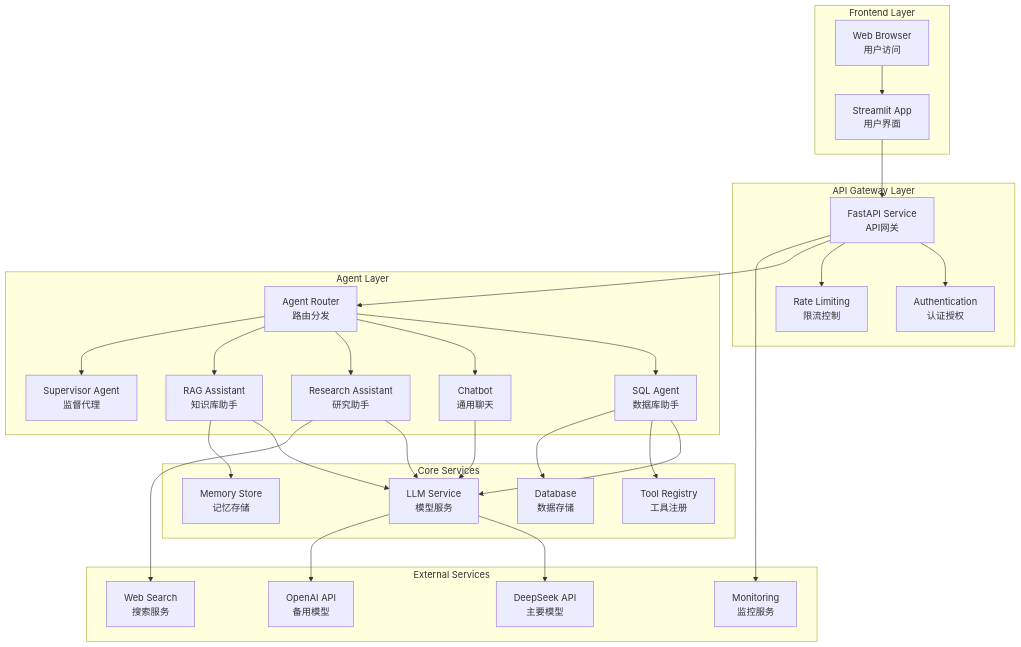
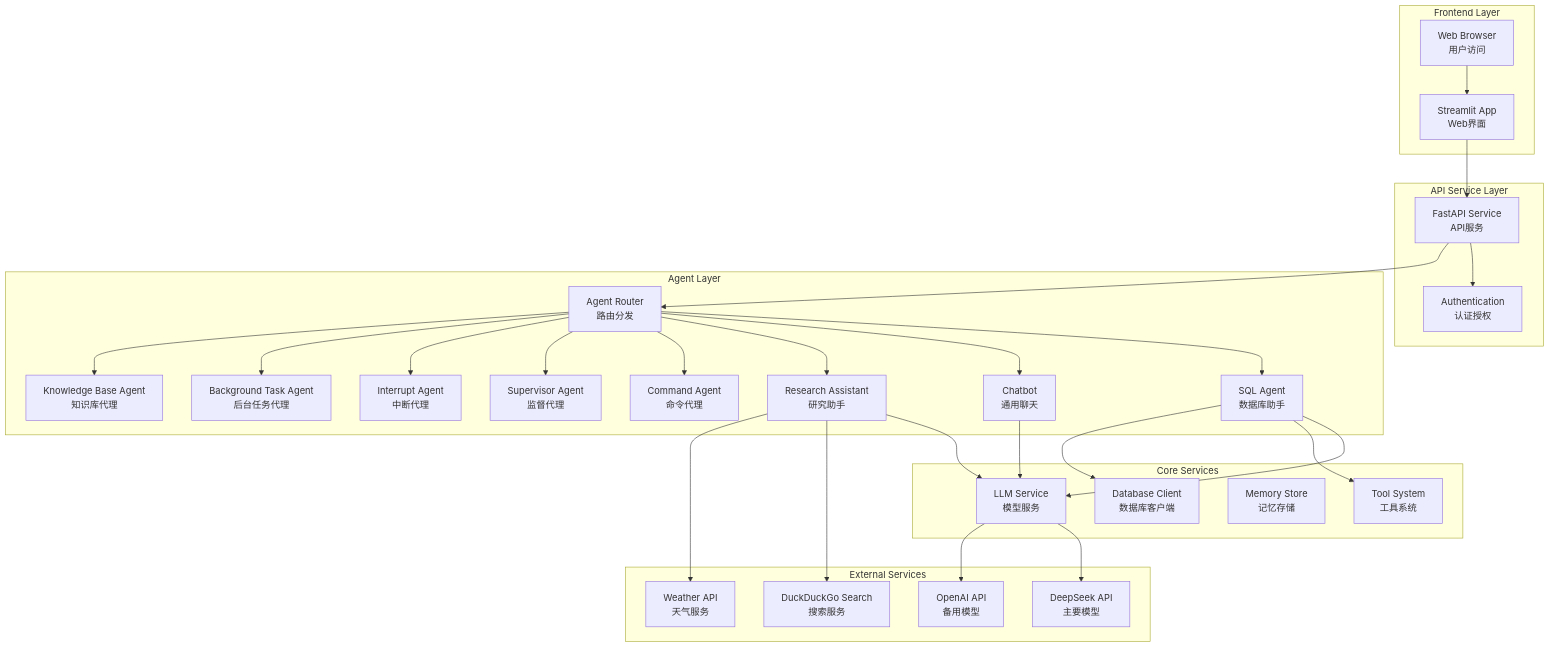
One commit to franksunye/agent-service-toolkit changed the first of 4 diagrams in docs/01_ARCHITECTURE.md. Above: the diagram before and after it, drawn with Mermaid. The commit also changed other lines of this file, not shown here.

First line of the commit message:
🔧 Fix architecture documentation - remove outdated content

````diff
--- a/docs/01_ARCHITECTURE.md
+++ b/docs/01_ARCHITECTURE.md
@@ -36,63 +36,64 @@
 ```mermaid
 graph TB
     subgraph "Frontend Layer"
-        ST[Streamlit App<br/>用户界面]
+        ST[Streamlit App<br/>Web界面]
         WEB[Web Browser<br/>用户访问]
     end
 
-    subgraph "API Gateway Layer"
-        API[FastAPI Service<br/>API网关]
+    subgraph "API Service Layer"
+        API[FastAPI Service<br/>API服务]
         AUTH[Authentication<br/>认证授权]
-        RATE[Rate Limiting<br/>限流控制]
     end
 
     subgraph "Agent Layer"
         ROUTER[Agent Router<br/>路由分发]
         SQL[SQL Agent<br/>数据库助手]
         CHAT[Chatbot<br/>通用聊天]
         RESEARCH[Research Assistant<br/>研究助手]
-        RAG[RAG Assistant<br/>知识库助手]
-        SUPER[Supervisor Agent<br/>监督代理]
+        COMMAND[Command Agent<br/>命令代理]
+        SUPERVISOR[Supervisor Agent<br/>监督代理]
+        INTERRUPT[Interrupt Agent<br/>中断代理]
+        BG_TASK[Background Task Agent<br/>后台任务代理]
+        KB[Knowledge Base Agent<br/>知识库代理]
     end
 
     subgraph "Core Services"
         LLM[LLM Service<br/>模型服务]
-        TOOLS[Tool Registry<br/>工具注册]
+        TOOLS[Tool System<br/>工具系统]
         MEMORY[Memory Store<br/>记忆存储]
-        DB[Database<br/>数据存储]
+        DB[Database Client<br/>数据库客户端]
     end
 
     subgraph "External Services"
         DEEPSEEK[DeepSeek API<br/>主要模型]
         OPENAI[OpenAI API<br/>备用模型]
-        SEARCH[Web Search<br/>搜索服务]
-        MONITOR[Monitoring<br/>监控服务]
+        SEARCH[DuckDuckGo Search<br/>搜索服务]
+        WEATHER[Weather API<br/>天气服务]
     end
 
     WEB --> ST
     ST --> API
     API --> AUTH
-    API --> RATE
     API --> ROUTER
 
     ROUTER --> SQL
     ROUTER --> CHAT
     ROUTER --> RESEARCH
-    ROUTER --> RAG
-    ROUTER --> SUPER
+    ROUTER --> COMMAND
+    ROUTER --> SUPERVISOR
+    ROUTER --> INTERRUPT
+    ROUTER --> BG_TASK
+    ROUTER --> KB
 
     SQL --> LLM
     SQL --> TOOLS
     SQL --> DB
 
     CHAT --> LLM
     RESEARCH --> LLM
     RESEARCH --> SEARCH
-    RAG --> LLM
-    RAG --> MEMORY
+    RESEARCH --> WEATHER
 
     LLM --> DEEPSEEK
     LLM --> OPENAI
-
-    API --> MONITOR
 ```
````
